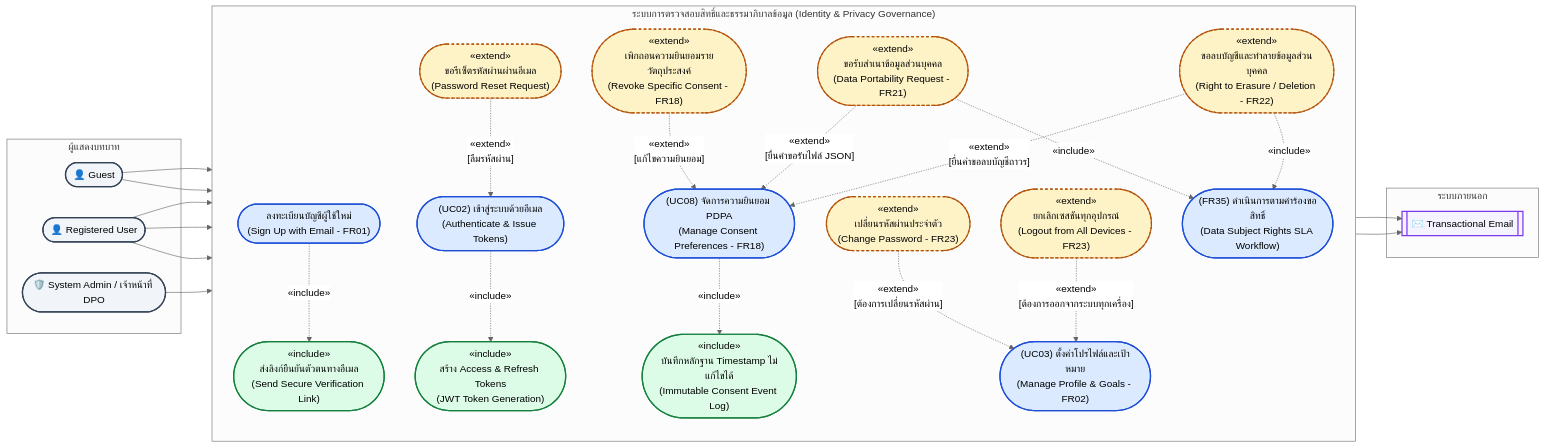
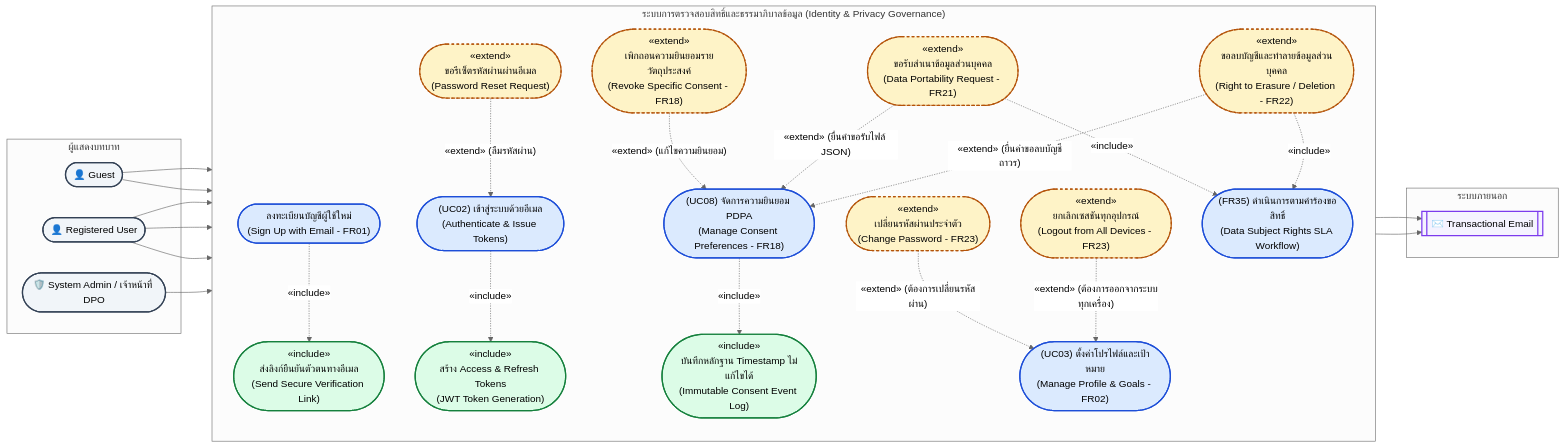
Before and after one commit to Phoomss/interviewx-datahub: the sixth of 26 diagrams in docs-interviex/03_SRS_Requirements/InterviewX_SRS_Report_Revised_TH.md, drawn with Mermaid (neutral theme). The commit also changed other lines of this file and 21 other files, not shown here.

Commit message:
fix error Unable to render rich display for all diagram

````diff
--- a/docs-interviex/03_SRS_Requirements/InterviewX_SRS_Report_Revised_TH.md
+++ b/docs-interviex/03_SRS_Requirements/InterviewX_SRS_Report_Revised_TH.md
@@ -805,76 +805,76 @@
 ```mermaid
 flowchart LR
   subgraph Actors["ผู้แสดงบทบาท"]
     Guest([👤 Guest])
     User([👤 Registered User])
     Admin([🛡️ System Admin / เจ้าหน้าที่ DPO])
   end
 
   subgraph PrivacyBoundary["ระบบการตรวจสอบสิทธิ์และธรรมาภิบาลข้อมูล (Identity & Privacy Governance)"]
     direction TB
 
     %% Base Use Cases
-    UC_Register(["ลงทะเบียนบัญชีผู้ใช้ใหม่\n(Sign Up with Email - FR01)"])
-    UC_Login(["(UC02) เข้าสู่ระบบด้วยอีเมล\n(Authenticate & Issue Tokens)"])
-    UC_ManageProfile(["(UC03) ตั้งค่าโปรไฟล์และเป้าหมาย\n(Manage Profile & Goals - FR02)"])
-    UC_ConsentDashboard(["(UC08) จัดการความยินยอม PDPA\n(Manage Consent Preferences - FR18)"])
-    UC_DSRWorkflow(["(FR35) ดำเนินการตามคำร้องขอสิทธิ์\n(Data Subject Rights SLA Workflow)"])
+    UC_Register(["ลงทะเบียนบัญชีผู้ใช้ใหม่<br/>(Sign Up with Email - FR01)"])
+    UC_Login(["(UC02) เข้าสู่ระบบด้วยอีเมล<br/>(Authenticate & Issue Tokens)"])
+    UC_ManageProfile(["(UC03) ตั้งค่าโปรไฟล์และเป้าหมาย<br/>(Manage Profile & Goals - FR02)"])
+    UC_ConsentDashboard(["(UC08) จัดการความยินยอม PDPA<br/>(Manage Consent Preferences - FR18)"])
+    UC_DSRWorkflow(["(FR35) ดำเนินการตามคำร้องขอสิทธิ์<br/>(Data Subject Rights SLA Workflow)"])
 
     %% Includes
-    INC_VerifyEmail(["«include»\nส่งลิงก์ยืนยันตัวตนทางอีเมล\n(Send Secure Verification Link)"])
-    INC_IssueTokens(["«include»\nสร้าง Access & Refresh Tokens\n(JWT Token Generation)"])
-    INC_AuditRecord(["«include»\nบันทึกหลักฐาน Timestamp ไม่แก้ไขได้\n(Immutable Consent Event Log)"])
+    INC_VerifyEmail(["«include»<br/>ส่งลิงก์ยืนยันตัวตนทางอีเมล<br/>(Send Secure Verification Link)"])
+    INC_IssueTokens(["«include»<br/>สร้าง Access & Refresh Tokens<br/>(JWT Token Generation)"])
+    INC_AuditRecord(["«include»<br/>บันทึกหลักฐาน Timestamp ไม่แก้ไขได้<br/>(Immutable Consent Event Log)"])
 
     %% Extends
-    EXT_ResetPassword(["«extend»\nขอรีเซ็ตรหัสผ่านผ่านอีเมล\n(Password Reset Request)"])
-    EXT_ChangePassword(["«extend»\nเปลี่ยนรหัสผ่านประจำตัว\n(Change Password - FR23)"])
-    EXT_LogoutAll(["«extend»\nยกเลิกเซสชันทุกอุปกรณ์\n(Logout from All Devices - FR23)"])
-    EXT_RevokeConsent(["«extend»\nเพิกถอนความยินยอมรายวัตถุประสงค์\n(Revoke Specific Consent - FR18)"])
-    EXT_DataPortability(["«extend»\nขอรับสำเนาข้อมูลส่วนบุคคล\n(Data Portability Request - FR21)"])
-    EXT_AccountErasure(["«extend»\nขอลบบัญชีและทำลายข้อมูลส่วนบุคคล\n(Right to Erasure / Deletion - FR22)"])
+    EXT_ResetPassword(["«extend»<br/>ขอรีเซ็ตรหัสผ่านผ่านอีเมล<br/>(Password Reset Request)"])
+    EXT_ChangePassword(["«extend»<br/>เปลี่ยนรหัสผ่านประจำตัว<br/>(Change Password - FR23)"])
+    EXT_LogoutAll(["«extend»<br/>ยกเลิกเซสชันทุกอุปกรณ์<br/>(Logout from All Devices - FR23)"])
+    EXT_RevokeConsent(["«extend»<br/>เพิกถอนความยินยอมรายวัตถุประสงค์<br/>(Revoke Specific Consent - FR18)"])
+    EXT_DataPortability(["«extend»<br/>ขอรับสำเนาข้อมูลส่วนบุคคล<br/>(Data Portability Request - FR21)"])
+    EXT_AccountErasure(["«extend»<br/>ขอลบบัญชีและทำลายข้อมูลส่วนบุคคล<br/>(Right to Erasure / Deletion - FR22)"])
   end
 
   subgraph MailService["ระบบภายนอก"]
     EmailGateway[[✉️ Transactional Email]]
   end
 
   %% Associations
   Guest --> UC_Register
   Guest --> UC_Login
   User --> UC_Login
   User --> UC_ManageProfile
   User --> UC_ConsentDashboard
   Admin --> UC_DSRWorkflow
 
   %% Includes
-  UC_Register -. "«include»" .-> INC_VerifyEmail
-  UC_Login -. "«include»" .-> INC_IssueTokens
-  UC_ConsentDashboard -. "«include»" .-> INC_AuditRecord
+  UC_Register -.->|«include»| INC_VerifyEmail
+  UC_Login -.->|«include»| INC_IssueTokens
+  UC_ConsentDashboard -.->|«include»| INC_AuditRecord
 
   %% Extends
-  EXT_ResetPassword -. "«extend»\n[ลืมรหัสผ่าน]" .-> UC_Login
-  EXT_ChangePassword -. "«extend»\n[ต้องการเปลี่ยนรหัสผ่าน]" .-> UC_ManageProfile
-  EXT_LogoutAll -. "«extend»\n[ต้องการออกจากระบบทุกเครื่อง]" .-> UC_ManageProfile
-  EXT_RevokeConsent -. "«extend»\n[แก้ไขความยินยอม]" .-> UC_ConsentDashboard
-  EXT_DataPortability -. "«extend»\n[ยื่นคำขอรับไฟล์ JSON]" .-> UC_ConsentDashboard
-  EXT_AccountErasure -. "«extend»\n[ยื่นคำขอลบบัญชีถาวร]" .-> UC_ConsentDashboard
+  EXT_ResetPassword -.->|"«extend» (ลืมรหัสผ่าน)"| UC_Login
+  EXT_ChangePassword -.->|"«extend» (ต้องการเปลี่ยนรหัสผ่าน)"| UC_ManageProfile
+  EXT_LogoutAll -.->|"«extend» (ต้องการออกจากระบบทุกเครื่อง)"| UC_ManageProfile
+  EXT_RevokeConsent -.->|"«extend» (แก้ไขความยินยอม)"| UC_ConsentDashboard
+  EXT_DataPortability -.->|"«extend» (ยื่นคำขอรับไฟล์ JSON)"| UC_ConsentDashboard
+  EXT_AccountErasure -.->|"«extend» (ยื่นคำขอลบบัญชีถาวร)"| UC_ConsentDashboard
 
   %% Workflow connection
-  EXT_DataPortability -. "«include»" .-> UC_DSRWorkflow
-  EXT_AccountErasure -. "«include»" .-> UC_DSRWorkflow
+  EXT_DataPortability -.->|«include»| UC_DSRWorkflow
+  EXT_AccountErasure -.->|«include»| UC_DSRWorkflow
 
   INC_VerifyEmail --> EmailGateway
   EXT_ResetPassword --> EmailGateway
 
-  classDef baseStyle fill:#dbeafe,stroke:#1d4ed8,stroke-width:2px;
-  classDef incStyle fill:#dcfce7,stroke:#15803d,stroke-width:2px;
-  classDef extStyle fill:#fef3c7,stroke:#b45309,stroke-width:2px,stroke-dasharray:4 4;
-  classDef actorStyle fill:#f1f5f9,stroke:#334155,stroke-width:2px;
-  classDef extSysStyle fill:#f5f3ff,stroke:#7c3aed,stroke-width:2px;
+  classDef baseStyle fill:#dbeafe,stroke:#1d4ed8,stroke-width:2px
+  classDef incStyle fill:#dcfce7,stroke:#15803d,stroke-width:2px
+  classDef extStyle fill:#fef3c7,stroke:#b45309,stroke-width:2px,stroke-dasharray:4 4
+  classDef actorStyle fill:#f1f5f9,stroke:#334155,stroke-width:2px
+  classDef extSysStyle fill:#f5f3ff,stroke:#7c3aed,stroke-width:2px
 
-  class UC_Register,UC_Login,UC_ManageProfile,UC_ConsentDashboard,UC_DSRWorkflow baseStyle;
-  class INC_VerifyEmail,INC_IssueTokens,INC_AuditRecord incStyle;
-  class EXT_ResetPassword,EXT_ChangePassword,EXT_LogoutAll,EXT_RevokeConsent,EXT_DataPortability,EXT_AccountErasure extStyle;
-  class Guest,User,Admin actorStyle;
-  class EmailGateway extSysStyle;
+  class UC_Register,UC_Login,UC_ManageProfile,UC_ConsentDashboard,UC_DSRWorkflow baseStyle
+  class INC_VerifyEmail,INC_IssueTokens,INC_AuditRecord incStyle
+  class EXT_ResetPassword,EXT_ChangePassword,EXT_LogoutAll,EXT_RevokeConsent,EXT_DataPortability,EXT_AccountErasure extStyle
+  class Guest,User,Admin actorStyle
+  class EmailGateway extSysStyle
 ```
````
